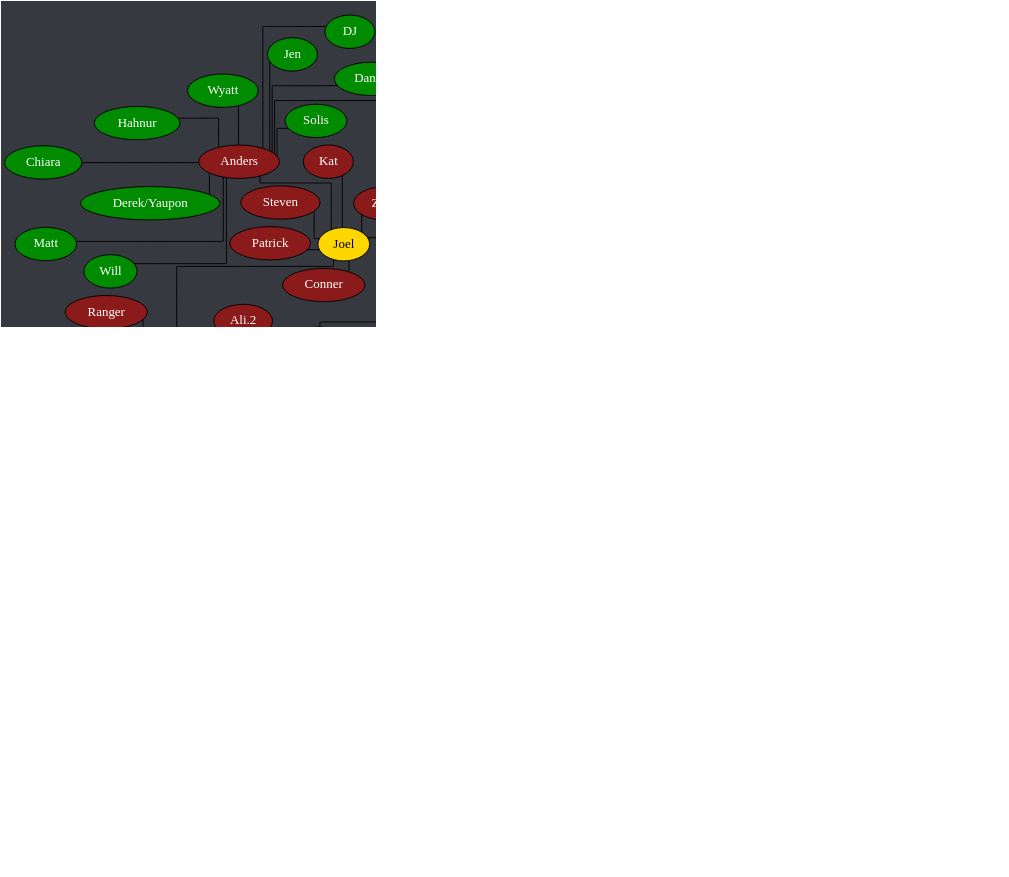
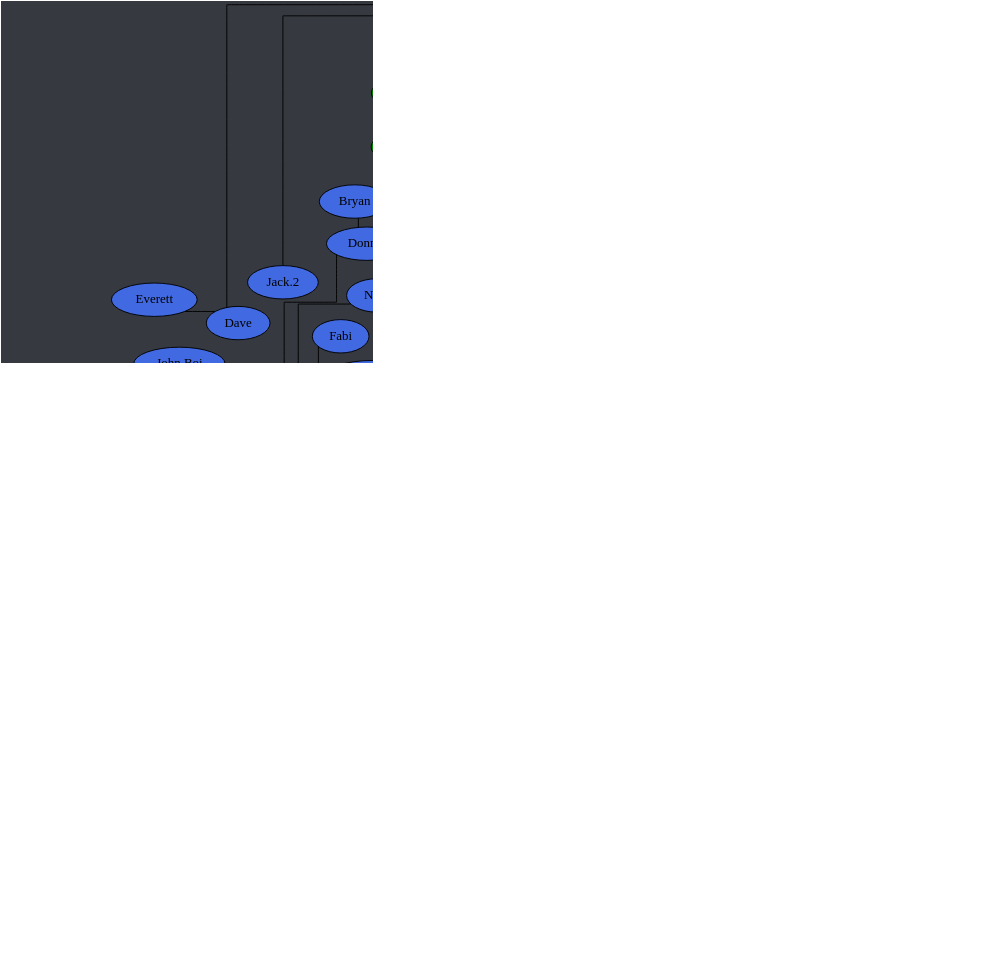
The diagram in tree.dot (Documidas/CoronaCatzFamilyTree), drawn with Graphviz before and after one commit. The commit also changed 1 other file, not shown here.

Commit message:
Add Shannon

```diff
--- a/tree.dot
+++ b/tree.dot
@@ -1,165 +1,166 @@
 strict graph {
 	// Layout Configuration
 	layout = neato;
 	dpi = 200;
 	epsilon = 0.01;
 	mode = major;
 	model = subset;
 	overlap = false;
 	splines = ortho;
 	start = rand;
 
 	// Visual Configuration
 	graph [ truecolor=true bgcolor="#36393f" ];
 	node [ style=filled fillcolor="gray" fontcolor="black" ];
 
 	subgraph "Joel" {
 		node [ style=filled fillcolor="firebrick4" fontcolor="white" ];
 		Joel [ style=filled fillcolor="gold" fontcolor="black" ];
 
 		Cayla -- "Ali.2";
 		Cayla -- Jonathan;
 		Cayla -- Kate;
 		Cayla -- Ranger;
 		Joel -- Anders;
 		Joel -- Cayla;
 		Joel -- Conner;
 		Joel -- Jared;
 		Joel -- Kat;
 		Joel -- Patrick;
 		Joel -- Steven;
 		Joel -- Zach;
 	}
 
 	subgraph "Anders" {
 		node [ style=filled fillcolor="green4" fontcolor="white" ];
 		// Anders [ style=filled fillcolor="green4" fontcolor="white" ];
 
 		Anders -- Chiara;
 		Anders -- Cody;
 		Anders -- Daniel;
 		Anders -- "Derek/Yaupon";
 		Anders -- DJ;
 		Anders -- Hahnur;
 		Anders -- Jen;
 		Anders -- Matt;
 		Anders -- Solis;
 		Anders -- Will;
 		Anders -- Wyatt;
 	}
 
 	subgraph "Jared" {
 		node [ style=filled fillcolor="royalblue" fontcolor="black" ];
 		// Jared [ style=filled fillcolor="royalblue" fontcolor="black" ];
 
 		Andrew -- Hannah;
 		Dave -- Everett;
 		Donnie -- Bryan;
 		Donnie -- Troy;
 		Greg -- "Ali.1";
 		Greg -- Andrew;
 		Greg -- Carter;
 		Greg -- "John Boi";
 		Hannah -- Logan;
 		Jared -- Brandi;
 		Jared -- Dave;
 		Jared -- Donnie;
 		Jared -- Fabi;
 		Jared -- "Jack.2";
 		Jared -- Kamon;
 		Jared -- Greg;
 		Jared -- Isabelle;
 		Jared -- Mason;
 		Jared -- Mehmet;
 		Jared -- Nam;
+		Jared -- Shannon;
 		Jared -- Spencer;
 		Jared -- Tyler;
 		Jared -- "Zach/Laniakea";
 		Jared -- "Zöe";
 		Logan -- Raana;
 		Troy -- Drake;
 		Tyler -- Gaby;
 	}
 
 	subgraph "Zach/Laniakea" {
 		node [ style=filled fillcolor="#4eff2c" fontcolor="black" ];
 		// "Zach/Laniakea" [ style=filled fillcolor="#4eff2c" fontcolor="black" ];
 
 		"Caio.2" -- "Kyle.1";
 		"Caio.2" -- Lucas;
 		"Zach/Laniakea" -- Allen;
 		"Zach/Laniakea" -- "Caio.2";
 		"Zach/Laniakea" -- Colin;
 		"Zach/Laniakea" -- John;
 		"Zach/Laniakea" -- Kevin;
 		"Zach/Laniakea" -- "Kyle.0";
 		"Zach/Laniakea" -- Mike;
 		"Zach/Laniakea" -- "Ryan.1";
 	}
 
 	subgraph "John" {
 		node [ style=filled fillcolor="#c89b3c" fontcolor="black" ];
 		// John [ style=filled fillcolor="#c89b3c" fontcolor="black" ];
 
 		Haber -- "Derek/Nomad";
 		John -- Anna;
 		John -- Emily;
 		John -- Haber;
 		John -- Jay;
 		John -- Jack;
 		John -- Lara;
 		John -- Monarch;
 		John -- "Oliger/Leanza";
 		John -- Thomas;
 	}
 
 	subgraph "John-stream" {
 		// node [ style=filled fillcolor="#9147ff" fontcolor="black" ];
 		node [ style=filled fillcolor="#c89b3c" fontcolor="black" ];
 
 		John -- "Michael/Wheezy";
 	}
 
 	subgraph "Thomas" {
 		node [ style=filled fillcolor="#b04900" fontcolor="black" ];
 		// Thomas [ style=filled fillcolor="#b04900" fontcolor="black" ];
 
 		Thomas -- Alex;
 		Thomas -- JD;
 		Thomas -- Josh;
 		Thomas -- Juan;
 		Thomas -- Taylor;
 		Thomas -- Tony;
 		Thomas -- "Travis.1";
 		Thomas -- "Travis.2";
 		Tony -- GT;
 	}
 
 	subgraph "Alex" {
 		node [ style=filled fillcolor="#6f2da8" fontcolor="white" ];
 		// Alex [ style=filled fillcolor="#6f2da8" fontcolor="black" ];
 
 		Alex -- "Alex/Blitt";
 		Alex -- "Da'Von";
 		Alex -- Sam;
 		"Alex/Blitt" -- Alan;
 		"Alex/Blitt" -- "Alex the 3rd";
 		"Alex/Blitt" -- Brian;
 		"Alex/Blitt" -- Carlos;
 		"Alex/Blitt" -- Chris;
 		"Alex/Blitt" -- Frank;
 		"Alex/Blitt" -- Gabe;
 		"Alex/Blitt" -- "Kyle.3";
 		"Alex/Blitt" -- Laske;
 		"Alex/Blitt" -- "Ryan.2";
 		"Alex/Blitt" -- "Sam.2";
 		"Da'Von" -- Dalton;
 		"Da'Von" -- Dalyn;
 		"Da'Von" -- Kuri;
 		"Da'Von" -- Zellar;
 		Dalton -- Graysen;
 		Kuri -- Drew;
 		Kuri -- Jon;
 		Kuri -- Karma;
 	}
 }
```
